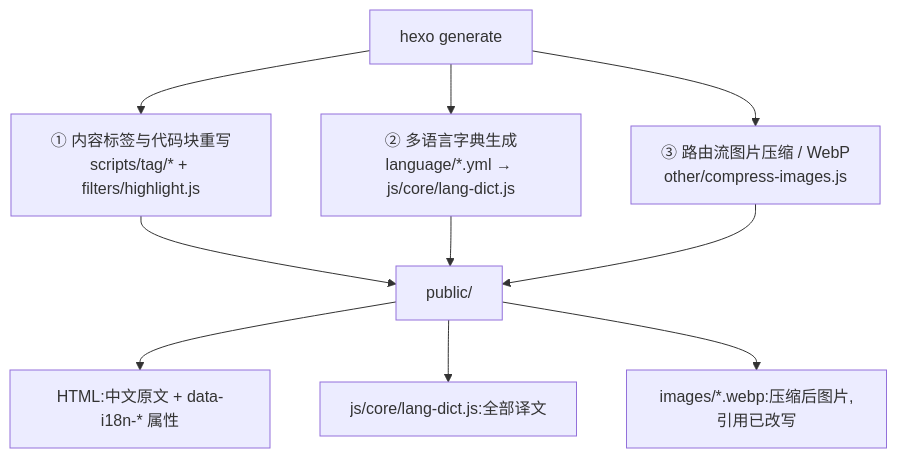
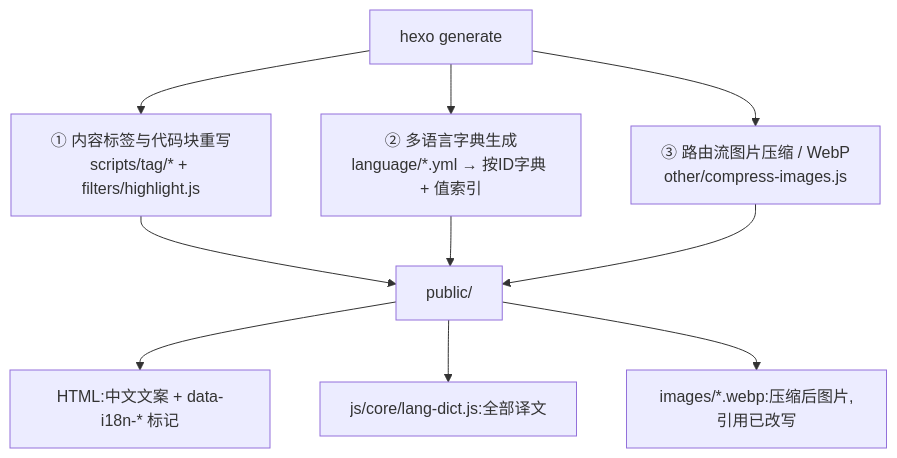
The first of 3 diagrams in docs/03-构建与部署.md (huyangpahuo/magzine-branch), drawn with Mermaid before and after one commit. The commit also changed other lines of this file and 98 other files, not shown here.

````diff
--- a/docs/03-构建与部署.md
+++ b/docs/03-构建与部署.md
@@ -8,14 +8,14 @@
 ```mermaid
 flowchart TD
     G["hexo generate"] --> A["① 内容标签与代码块重写<br/>scripts/tag/* + filters/highlight.js"]
-    G --> B["② 多语言字典生成<br/>language/*.yml → js/core/lang-dict.js"]
+    G --> B["② 多语言字典生成<br/>language/*.yml → 按ID字典 + 值索引"]
     G --> C["③ 路由流图片压缩 / WebP<br/>other/compress-images.js"]
 
     A --> O["public/"]
     B --> O
     C --> O
 
-    O --> O1["HTML:中文原文 + data-i18n-* 属性"]
+    O --> O1["HTML:中文文案 + data-i18n-* 标记"]
     O --> O2["js/core/lang-dict.js:全部译文"]
     O --> O3["images/*.webp:压缩后图片,引用已改写"]
 ```
````
